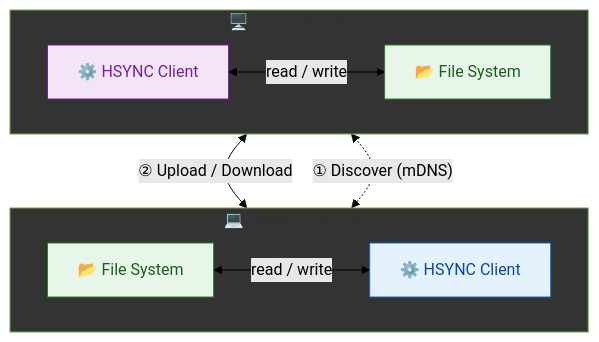
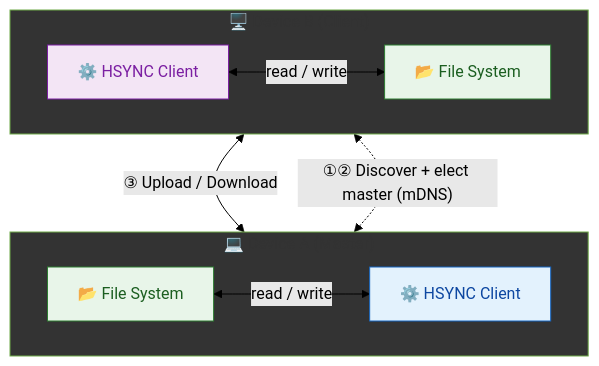
The first of 2 diagrams in README.md (albertsdk/hsync-client), drawn with Mermaid (forest theme) before and after one commit. The commit also changed 2 other files, not shown here.

Commit message:
docs: fix stale election table, flow numbering and reconnect diagram

````diff
--- a/README.md
+++ b/README.md
@@ -129,23 +129,23 @@
 ```mermaid
 flowchart TB
     subgraph DeviceA["💻 Device A (Master)"]
         direction LR
         FSA["📂 File System"]<-->|"read / write"| CA["⚙️ HSYNC Client"]
     end
 
     subgraph DeviceB["🖥️ Device B (Client)"]
         direction LR
         CB["⚙️ HSYNC Client"]<-->|"read / write"| FSB["📂 File System"]
     end
 
-    CA <-.->|"① Discover (mDNS)"| CB
-    CB <-->|"② Upload / Download"| CA
+    CA <-.->|"①② Discover + elect master (mDNS)"| CB
+    CB <-->|"③ Upload / Download"| CA
 
     style DeviceA fill:#333333
     style DeviceB fill:#333333
 
     style FSA fill:#e8f5e9,stroke:#2e7d32,color:#1b5e20
     style CA fill:#e3f2fd,stroke:#1565c0,color:#0d47a1
     style FSB fill:#e8f5e9,stroke:#2e7d32,color:#1b5e20
     style CB fill:#f3e5f5,stroke:#7b1fa2,color:#7b1fa2
 ```
````
